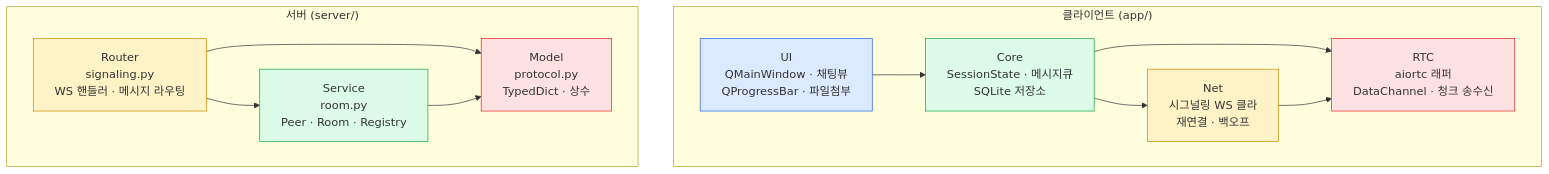
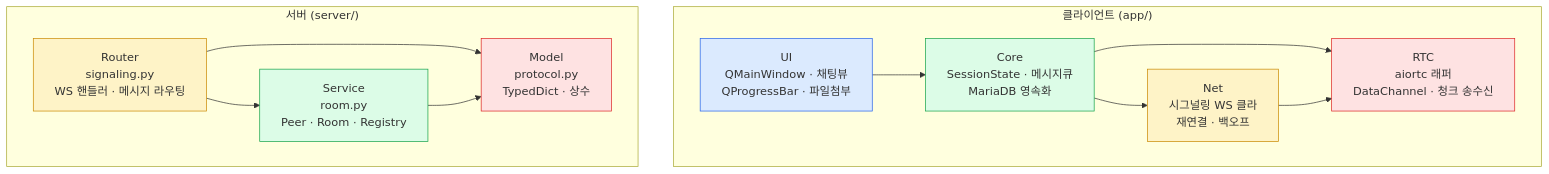
One commit to oneticket99/p2p_msg changed the second of 3 diagrams in ARCHITECTURE.md. Above: the diagram before and after it, drawn with Mermaid. The commit also changed other lines of this file and 2 other files, not shown here.

First line of the commit message:
fix(policy): ARCHITECTURE.md MariaDB 회수 — 4 위반 정정

````diff
--- a/ARCHITECTURE.md
+++ b/ARCHITECTURE.md
@@ -72,31 +72,31 @@
 ```mermaid
 flowchart TB
     subgraph Client["클라이언트 (app/)"]
         UI["UI<br/>QMainWindow · 채팅뷰<br/>QProgressBar · 파일첨부"]
-        Core["Core<br/>SessionState · 메시지큐<br/>SQLite 저장소"]
+        Core["Core<br/>SessionState · 메시지큐<br/>MariaDB 영속화"]
         Net["Net<br/>시그널링 WS 클라<br/>재연결 · 백오프"]
         RTC["RTC<br/>aiortc 래퍼<br/>DataChannel · 청크 송수신"]
         UI --> Core
         Core --> Net
         Core --> RTC
         Net --> RTC
     end
 
     subgraph Server["서버 (server/)"]
         Router["Router<br/>signaling.py<br/>WS 핸들러 · 메시지 라우팅"]
         Service["Service<br/>room.py<br/>Peer · Room · Registry"]
         Model["Model<br/>protocol.py<br/>TypedDict · 상수"]
         Router --> Service
         Router --> Model
         Service --> Model
     end
 
     classDef ui fill:#dbeafe,stroke:#2563eb
     classDef core fill:#dcfce7,stroke:#16a34a
     classDef net fill:#fef3c7,stroke:#ca8a04
     classDef rtc fill:#fee2e2,stroke:#dc2626
     class UI ui
     class Core,Service core
     class Net,Router net
     class RTC,Model rtc
 ```
````
